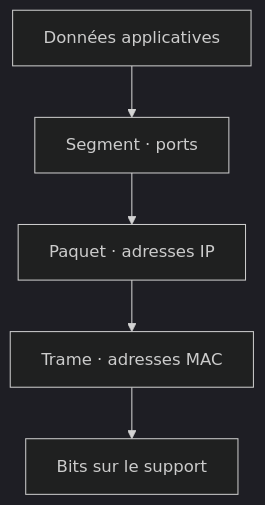
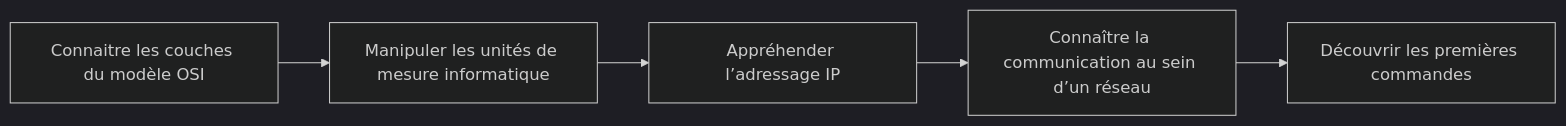
Before and after one commit to sk34pk25/tssr-cours: the second of 5 diagrams in docs/modules/01-bases-reseaux/module-01-le-modele-osi.md, drawn with Mermaid (dark theme). The commit also changed other lines of this file and 5 other files, not shown here.

````diff
--- a/docs/modules/01-bases-reseaux/module-01-le-modele-osi.md
+++ b/docs/modules/01-bases-reseaux/module-01-le-modele-osi.md
@@ -68,7 +152,12 @@
 ```mermaid
-flowchart TB
-    D["Données applicatives"] --> S["Segment · ports"]
-    S --> P["Paquet · adresses IP"]
-    P --> T["Trame · adresses MAC"]
-    T --> B["Bits sur le support"]
+flowchart LR
+    N1["Connaitre les couches du modèle OSI"]
+    N2["Manipuler les unités de mesure informatique"]
+    N3["Appréhender l’adressage IP"]
+    N4["Connaître la communication au sein d’un réseau"]
+    N5["Découvrir les premières commandes"]
+    N1 --> N2
+    N2 --> N3
+    N3 --> N4
+    N4 --> N5
 ```
````
